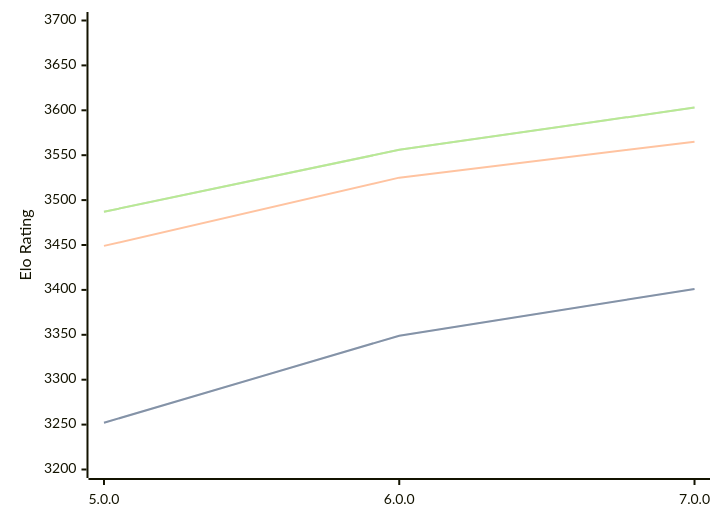
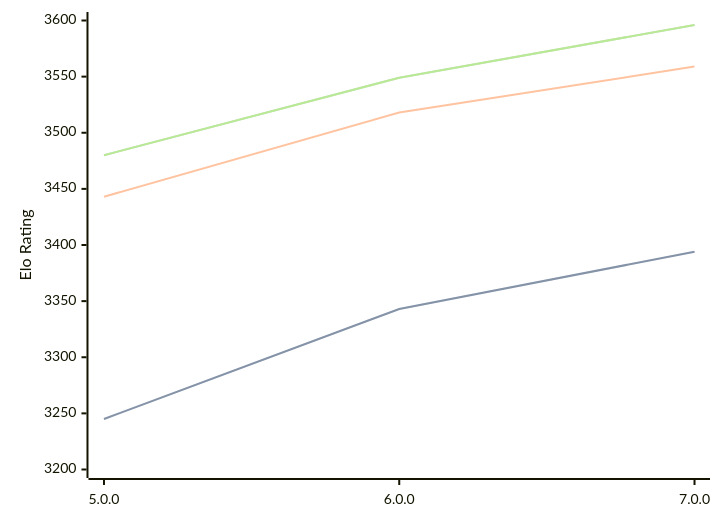
One commit to computer-chess-index/cci changed the diagram in engines/Stormphrax.md. Above: the diagram before and after it, drawn with Mermaid. The commit also changed other lines of this file, not shown here.

Commit message:
Update CCI Ratings (ELO VLTC) - 2026-05-18

````diff
--- a/engines/Stormphrax.md
+++ b/engines/Stormphrax.md
@@ -38,11 +38,11 @@
 ```mermaid
 %%{init: {"theme":"base","themeVariables":{"seriesColors:['#a3a3a3','#222221','#faa371']}}}%%
 xychart-beta
   x-axis ["5.0.0", "6.0.0", "7.0.0"]
-  y-axis "Elo Rating" 3200 --> 3700
-  line "STC (8.0+0.08s)" [3252, 3349, 3401]
-  line "STC (8.0+0.08s)" [3252, 3349, 3401]
-  line "LTC (60.0+0.60s)" [3449, 3525, 3565]
-  line "VLTC (2m24s+1.12s)" [3487, 3556, 3603]
-  line "VLTC (2m24s+1.12s)" [3487, 3556, 3603]
+  y-axis "Elo Rating" 3200 --> 3600
+  line "STC (8.0+0.08s)" [3245, 3343, 3394]
+  line "STC (8.0+0.08s)" [3245, 3343, 3394]
+  line "LTC (60.0+0.60s)" [3443, 3518, 3559]
+  line "VLTC (2m24s+1.12s)" [3480, 3549, 3596]
+  line "VLTC (2m24s+1.12s)" [3480, 3549, 3596]
 ```
````
